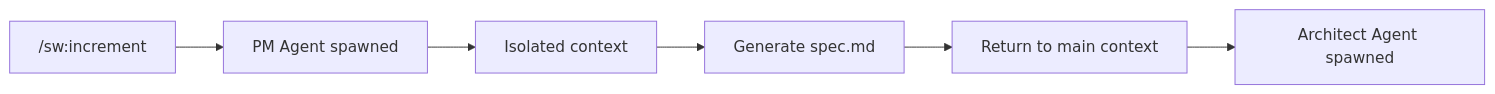
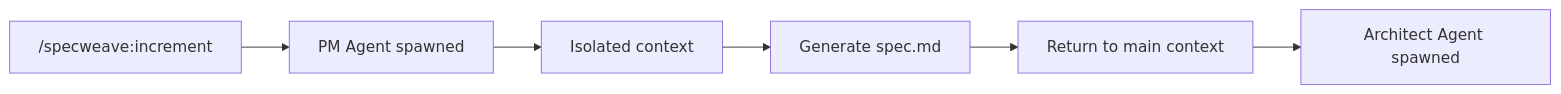
The second of 2 diagrams in docs-site/docs/glossary/terms/skills-vs-agents.md (anton-abyzov/specweave), drawn with Mermaid before and after one commit. The commit also changed other lines of this file and 144 other files, not shown here.

````diff
--- a/docs-site/docs/glossary/terms/skills-vs-agents.md
+++ b/docs-site/docs/glossary/terms/skills-vs-agents.md
@@ -81,8 +81,8 @@
 ```mermaid
 graph LR
-    A["/sw:increment"] --> B[PM Agent spawned]
+    A["/specweave:increment"] --> B[PM Agent spawned]
     B --> C[Isolated context]
     C --> D[Generate spec.md]
     D --> E[Return to main context]
     E --> F[Architect Agent spawned]
 ```
````
